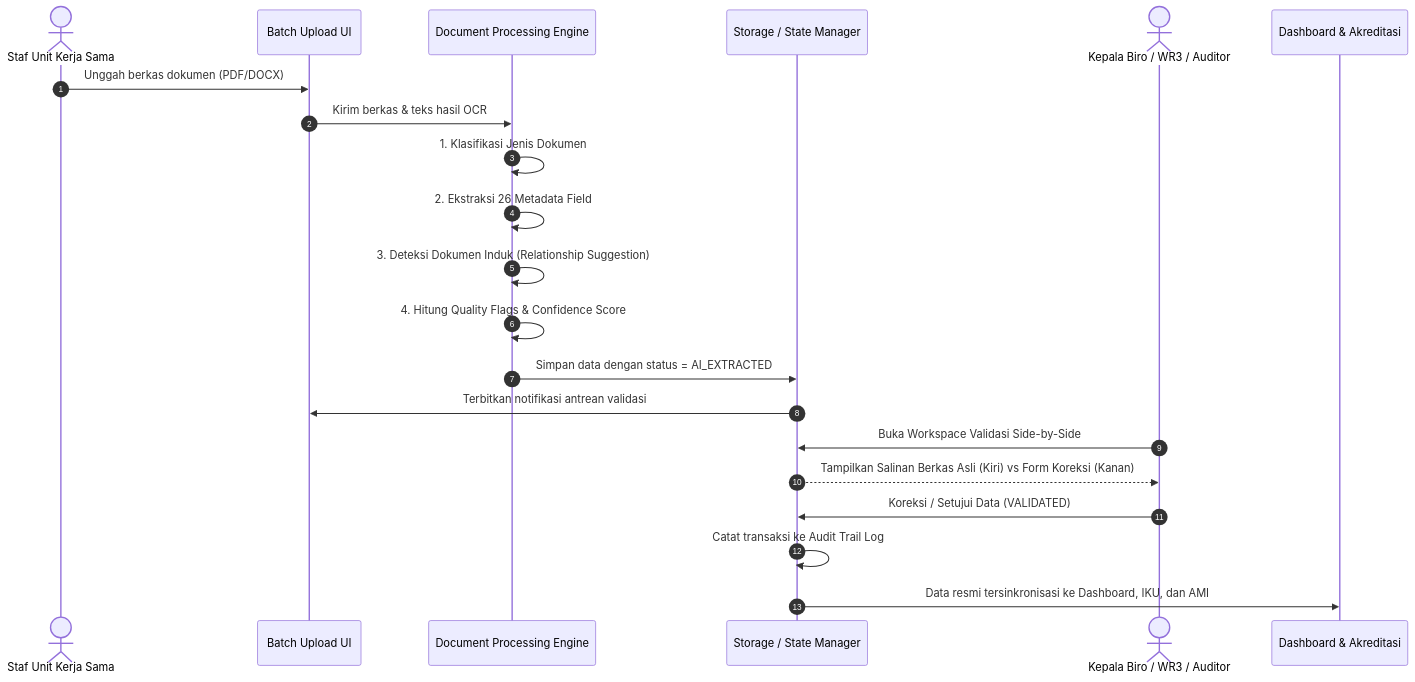
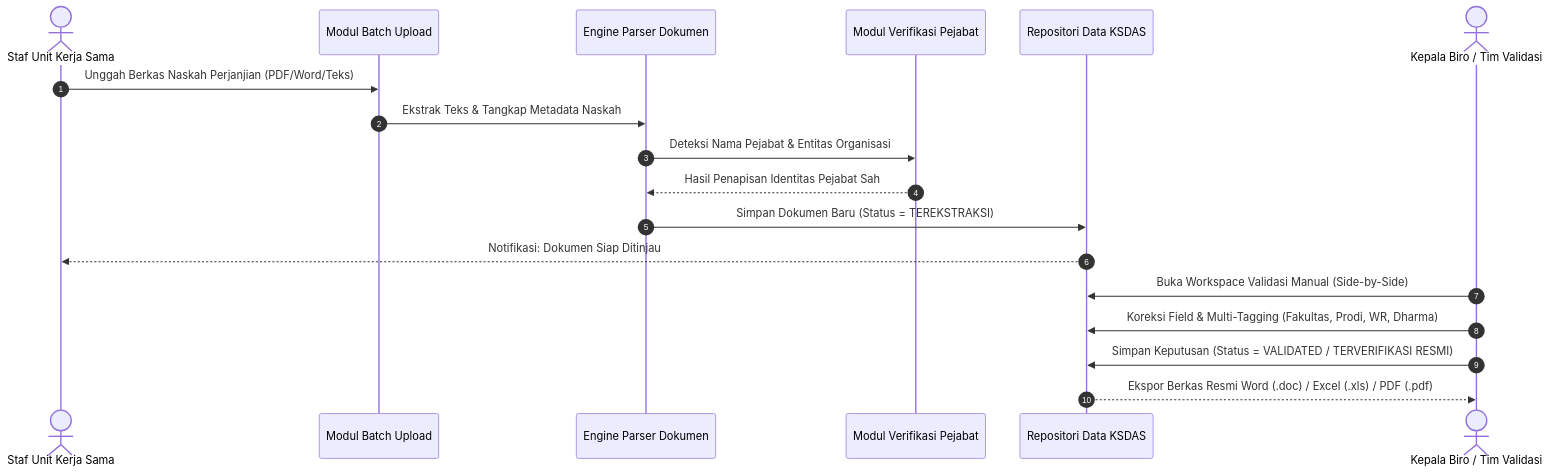
One commit to samuelhtampubolon/ksdas-itdel changed the second of 2 diagrams in docs/ARCHITECTURE.md. Above: the diagram before and after it, drawn with Mermaid. The commit also changed other lines of this file and 9 other files, not shown here.

Commit message:
feat: transform to conventional on-premise information system and database, remove all AI/ML/OCR terms, curate 10 official accredited documents, and provide campus server alternative to public cloud

````diff
--- a/docs/ARCHITECTURE.md
+++ b/docs/ARCHITECTURE.md
@@ -87,25 +87,22 @@
 ```mermaid
 sequenceDiagram
     autonumber
     actor Staf as Staf Unit Kerja Sama
-    participant Upload as Batch Upload UI
-    participant AI as Document Processing Engine
-    participant Store as Storage / State Manager
-    actor Validator as Kepala Biro / WR3 / Auditor
-    participant Public as Dashboard & Akreditasi
+    participant Upload as Modul Batch Upload
+    participant Parser as Engine Parser Dokumen
+    participant Verifier as Modul Verifikasi Pejabat
+    participant Store as Repositori Data KSDAS
+    actor Verifikator as Kepala Biro / Tim Validasi
 
-    Staf->>Upload: Unggah berkas dokumen (PDF/DOCX)
-    Upload->>AI: Kirim berkas & teks hasil OCR
-    AI->>AI: 1. Klasifikasi Jenis Dokumen
-    AI->>AI: 2. Ekstraksi 26 Metadata Field
-    AI->>AI: 3. Deteksi Dokumen Induk (Relationship Suggestion)
-    AI->>AI: 4. Hitung Quality Flags & Confidence Score
-    AI->>Store: Simpan data dengan status = AI_EXTRACTED
-    Store->>Upload: Terbitkan notifikasi antrean validasi
-
-    Validator->>Store: Buka Workspace Validasi Side-by-Side
-    Store-->>Validator: Tampilkan Salinan Berkas Asli (Kiri) vs Form Koreksi (Kanan)
-    Validator->>Store: Koreksi / Setujui Data (VALIDATED)
-    Store->>Store: Catat transaksi ke Audit Trail Log
-    Store->>Public: Data resmi tersinkronisasi ke Dashboard, IKU, dan AMI
+    Staf->>Upload: Unggah Berkas Naskah Perjanjian (PDF/Word/Teks)
+    Upload->>Parser: Ekstrak Teks & Tangkap Metadata Naskah
+    Parser->>Verifier: Deteksi Nama Pejabat & Entitas Organisasi
+    Verifier-->>Parser: Hasil Penapisan Identitas Pejabat Sah
+    Parser->>Store: Simpan Dokumen Baru (Status = TEREKSTRAKSI)
+    Store-->>Staf: Notifikasi: Dokumen Siap Ditinjau
+    
+    Verifikator->>Store: Buka Workspace Validasi Manual (Side-by-Side)
+    Verifikator->>Store: Koreksi Field & Multi-Tagging (Fakultas, Prodi, WR, Dharma)
+    Verifikator->>Store: Simpan Keputusan (Status = VALIDATED / TERVERIFIKASI RESMI)
+    Store-->>Verifikator: Ekspor Berkas Resmi Word (.doc) / Excel (.xls) / PDF (.pdf)
 ```
````
